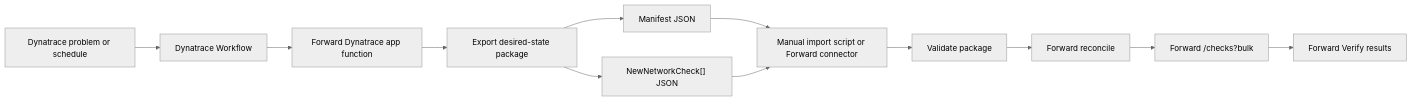
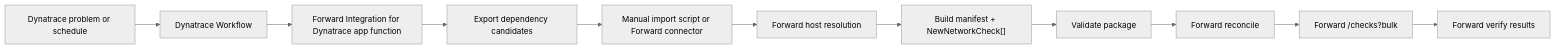
One commit to forwardnetworks/forward-dynatrace changed the diagram in docs/workflow.md. Above: the diagram before and after it, drawn with Mermaid (neutral theme). The commit also changed other lines of this file and 48 other files, not shown here.

````diff
--- a/docs/workflow.md
+++ b/docs/workflow.md
@@ -24,14 +24,13 @@
 ```mermaid
 flowchart LR
     A["Dynatrace problem or schedule"] --> B["Dynatrace Workflow"]
-    B --> C["Forward Dynatrace app function"]
-    C --> D["Export desired-state package"]
-    D --> E["Manifest JSON"]
-    D --> F["NewNetworkCheck[] JSON"]
-    E --> G["Manual import script or Forward connector"]
-    F --> G
+    B --> C["Forward Integration for Dynatrace app function"]
+    C --> D["Export dependency candidates"]
+    D --> E["Manual import script or Forward connector"]
+    E --> F["Forward host resolution"]
+    F --> G["Build manifest + NewNetworkCheck[]"]
     G --> H["Validate package"]
     H --> I["Forward reconcile"]
     I --> J["Forward /checks?bulk"]
-    J --> K["Forward Verify results"]
+    J --> K["Forward verify results"]
 ```
````
